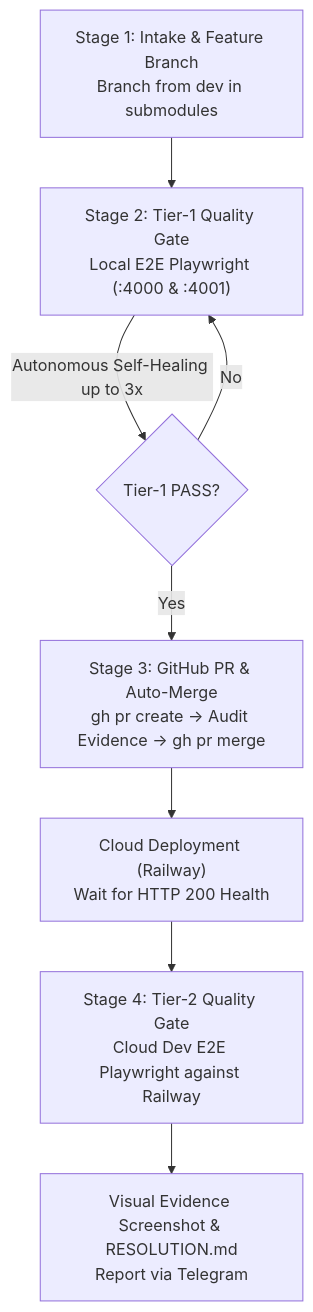
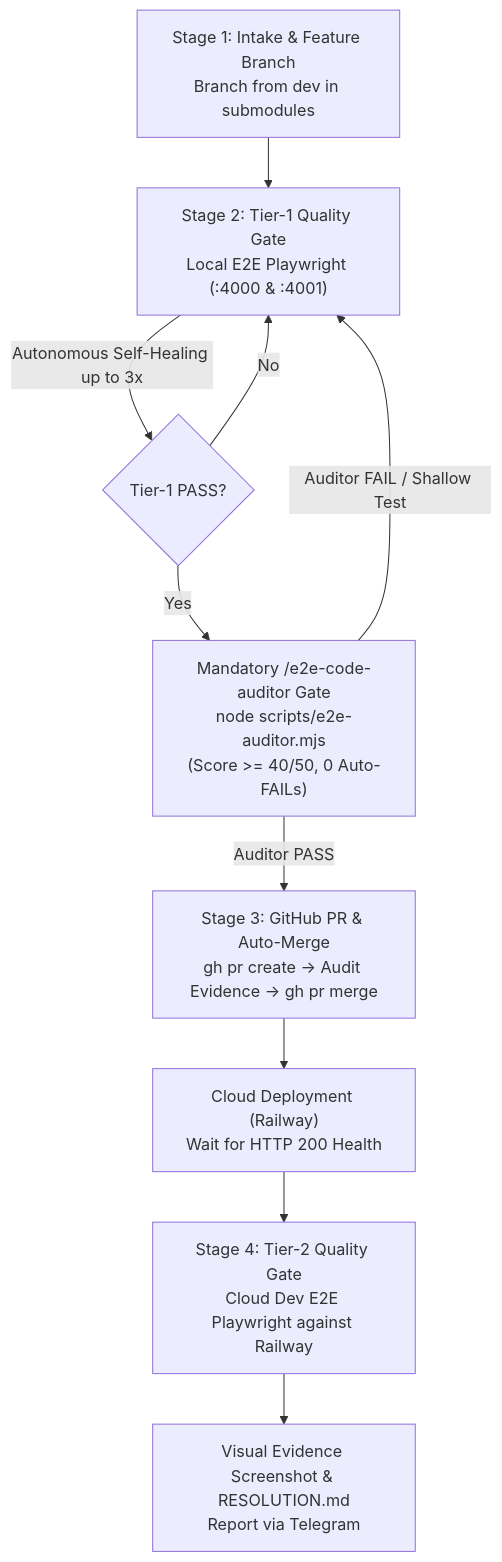
One commit to lyquangthai1993/logistics-website changed the diagram in .agents/skills/github-workflow/SKILL.md. Above: the diagram before and after it, drawn with Mermaid. The commit also changed other lines of this file and 10 other files, not shown here.

Commit message:
chore(task-87): update frontend submodule pointer, audit fixes and verification evidence

````diff
--- a/.agents/skills/github-workflow/SKILL.md
+++ b/.agents/skills/github-workflow/SKILL.md
@@ -48,10 +48,12 @@
 ```mermaid
 flowchart TD
     A["Stage 1: Intake & Feature Branch<br>Branch from dev in submodules"] --> B["Stage 2: Tier-1 Quality Gate<br>Local E2E Playwright (:4000 & :4001)"]
     B -->|Autonomous Self-Healing up to 3x| C{"Tier-1 PASS?"}
-    C -->|Yes| D["Stage 3: GitHub PR & Auto-Merge<br>gh pr create -> Audit Evidence -> gh pr merge"]
+    C -->|Yes| AUD["Mandatory /e2e-code-auditor Gate<br>node scripts/e2e-auditor.mjs<br>(Score >= 40/50, 0 Auto-FAILs)"]
+    AUD -->|Auditor PASS| D["Stage 3: GitHub PR & Auto-Merge<br>gh pr create -> Audit Evidence -> gh pr merge"]
+    AUD -->|Auditor FAIL / Shallow Test| B
     C -->|No| B
     D --> E["Cloud Deployment (Railway)<br>Wait for HTTP 200 Health"]
     E --> F["Stage 4: Tier-2 Quality Gate<br>Cloud Dev E2E Playwright against Railway"]
     F --> G["Visual Evidence Screenshot & RESOLUTION.md<br>Report via Telegram"]
 ```
````
